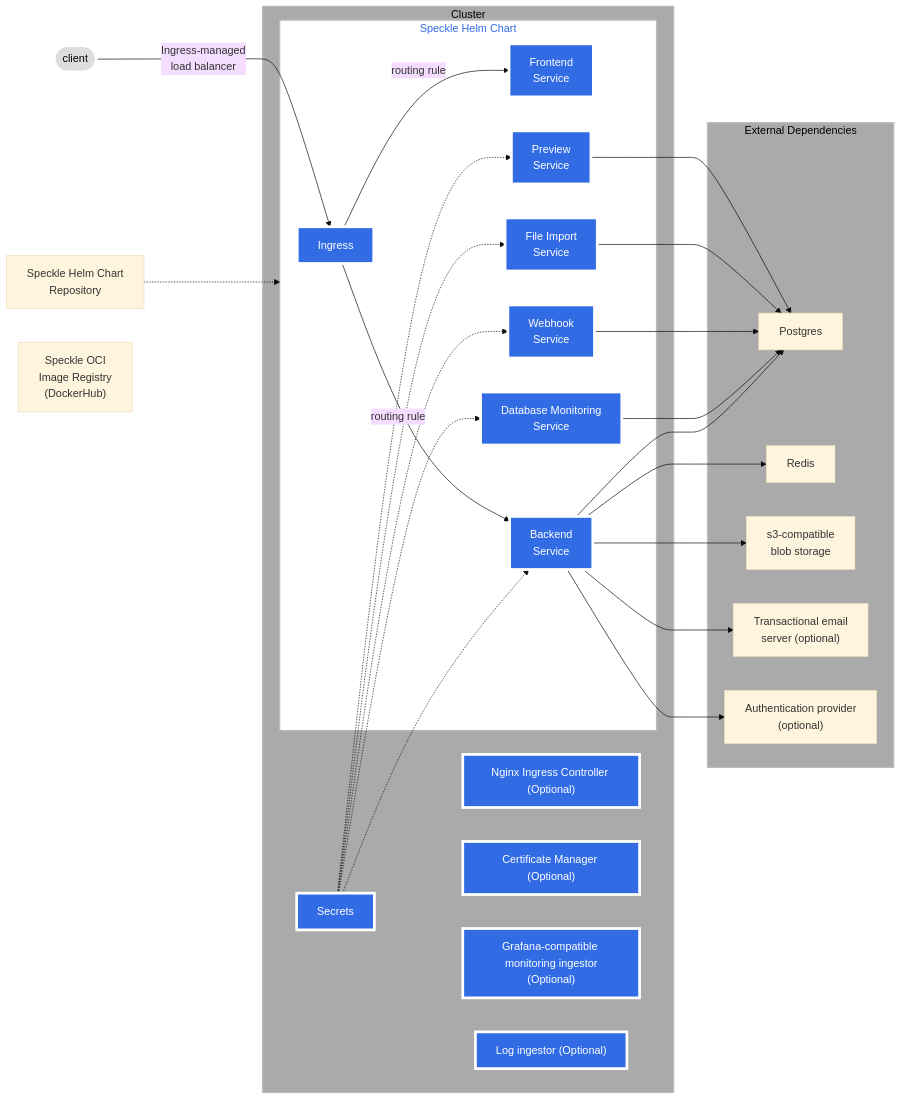
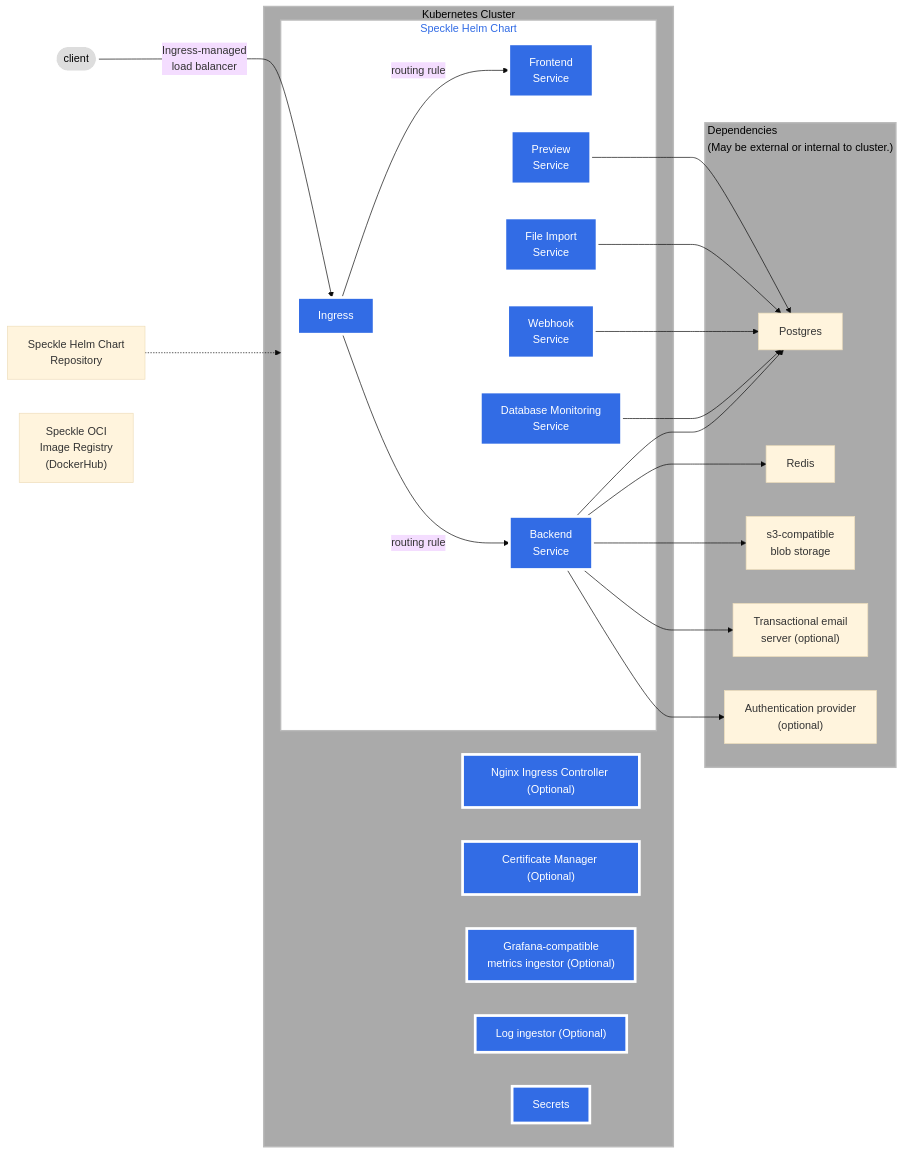
Before and after one commit to specklesystems/speckle-server: the diagram in utils/helm/speckle-server/schematic.md, drawn with Mermaid (base theme).

Commit message:
Clarifies that dependencies can be external or internal to cluster - removes confusing arrows from Secrets

````diff
--- a/utils/helm/speckle-server/schematic.md
+++ b/utils/helm/speckle-server/schematic.md
@@ -3,61 +3,56 @@
 ```mermaid
 graph LR;
  client([client])-->|Ingress-managed <br> load balancer|ingress[Ingress];
  helmrepo["Speckle Helm Chart <br> Repository"]
  click helmrepo "https://specklesystems.github.io/helm/" _blank
  imageregistry["Speckle OCI <br> Image Registry <br> (DockerHub)"]
  click imageregistry "https://hub.docker.com/r/speckle/speckle-server" _blank
  helmrepo-.->helm;
 
  subgraph helm[Speckle Helm Chart]
  ingress;
  ingress-->|routing rule|svcfrontend[Frontend <br> Service];
  ingress-->|routing rule|backend[Backend <br> Service];
  svcfrontend;
  backend;
  preview[Preview <br> Service];
  fileimport[File Import <br> Service];
  webhook[Webhook <br> Service];
  databasemonitor[Database Monitoring <br> Service];
  end
 
- subgraph cluster[Cluster]
+ subgraph cluster[Kubernetes Cluster]
  nginx["Nginx Ingress Controller (Optional)"];
  certmanager["Certificate Manager (Optional)"];
- monitoring["Grafana-compatible <br> monitoring ingestor (Optional)"];
+ monitoring["Grafana-compatible <br> metrics ingestor (Optional)"];
  logging["Log ingestor (Optional)"];
  secrets["Secrets"]
  helm;
  end
 
  preview-->postgres;
  fileimport-->postgres;
  webhook-->postgres;
  databasemonitor-->postgres;
  backend-->postgres;
  backend-->redis;
  backend-->blobstore;
  backend-->emailserver;
  backend-->authprovider;
- secrets-.->backend;
- secrets-.->preview;
- secrets-.->fileimport;
- secrets-.->webhook;
- secrets-.->databasemonitor;
 
- subgraph externalDependencies[External Dependencies]
+ subgraph externalDependencies["Dependencies <br> (May be external or internal to cluster.)"]
  postgres[Postgres];
  redis[Redis];
  blobstore[s3-compatible <br> blob storage];
  emailserver["Transactional email <br> server (optional)"];
  authprovider["Authentication provider <br> (optional)"];
  end
  classDef plain fill:#ddd,stroke:#fff,stroke-width:4px,color:#000;
  classDef k8s fill:#326ce5,stroke:#fff,stroke-width:4px,color:#fff;
  classDef cluster fill:#aaa,stroke:#bbb,stroke-width:2px,color:#000;
  classDef helm fill:#fff,stroke:#bbb,stroke-width:2px,color:#326ce5;
  class ingress,test,svcfrontend,backend,preview,fileimport,webhook,databasemonitor,nginx,certmanager,monitoring,logging,secrets k8s;
  class client plain;
  class cluster,externalDependencies cluster;
  class helm helm;
 ```
````
